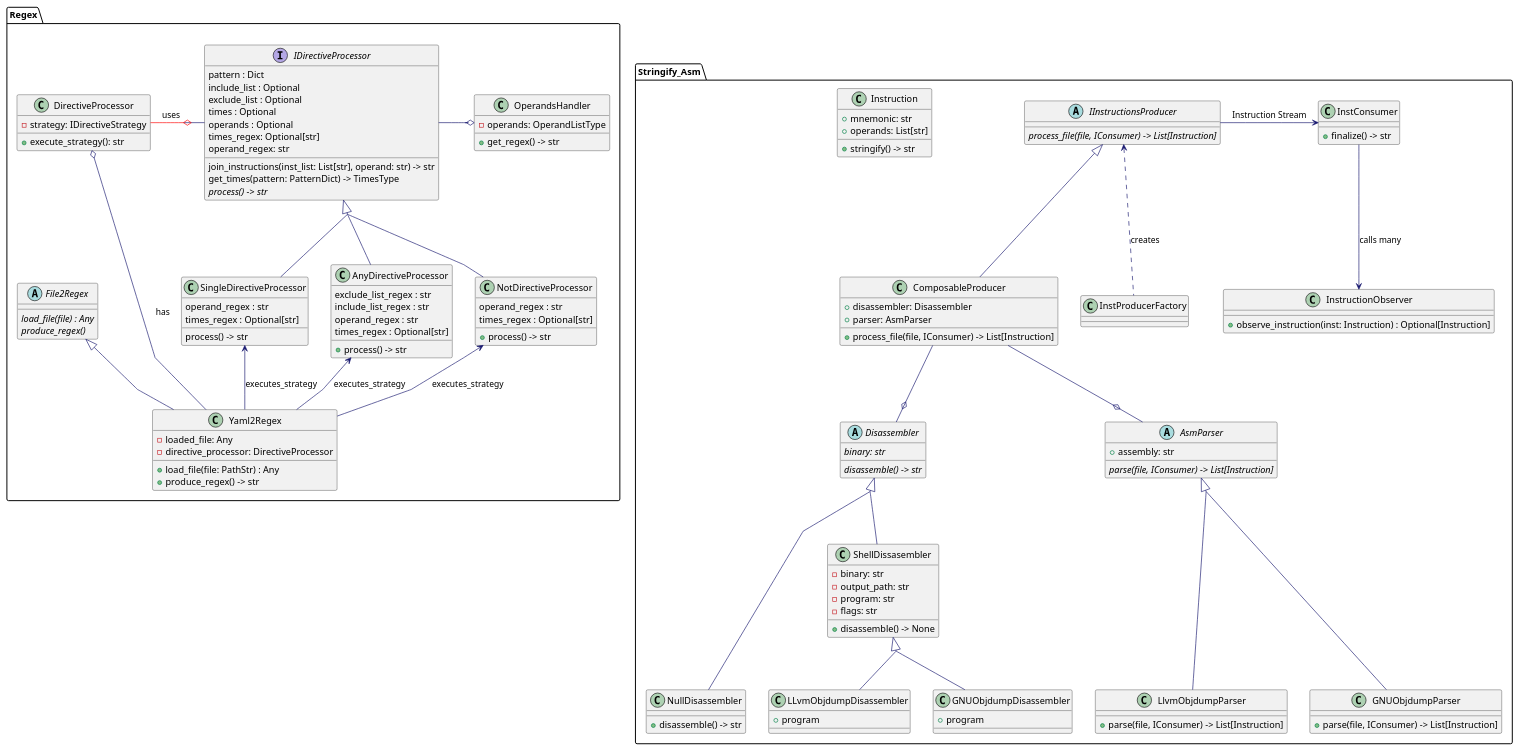
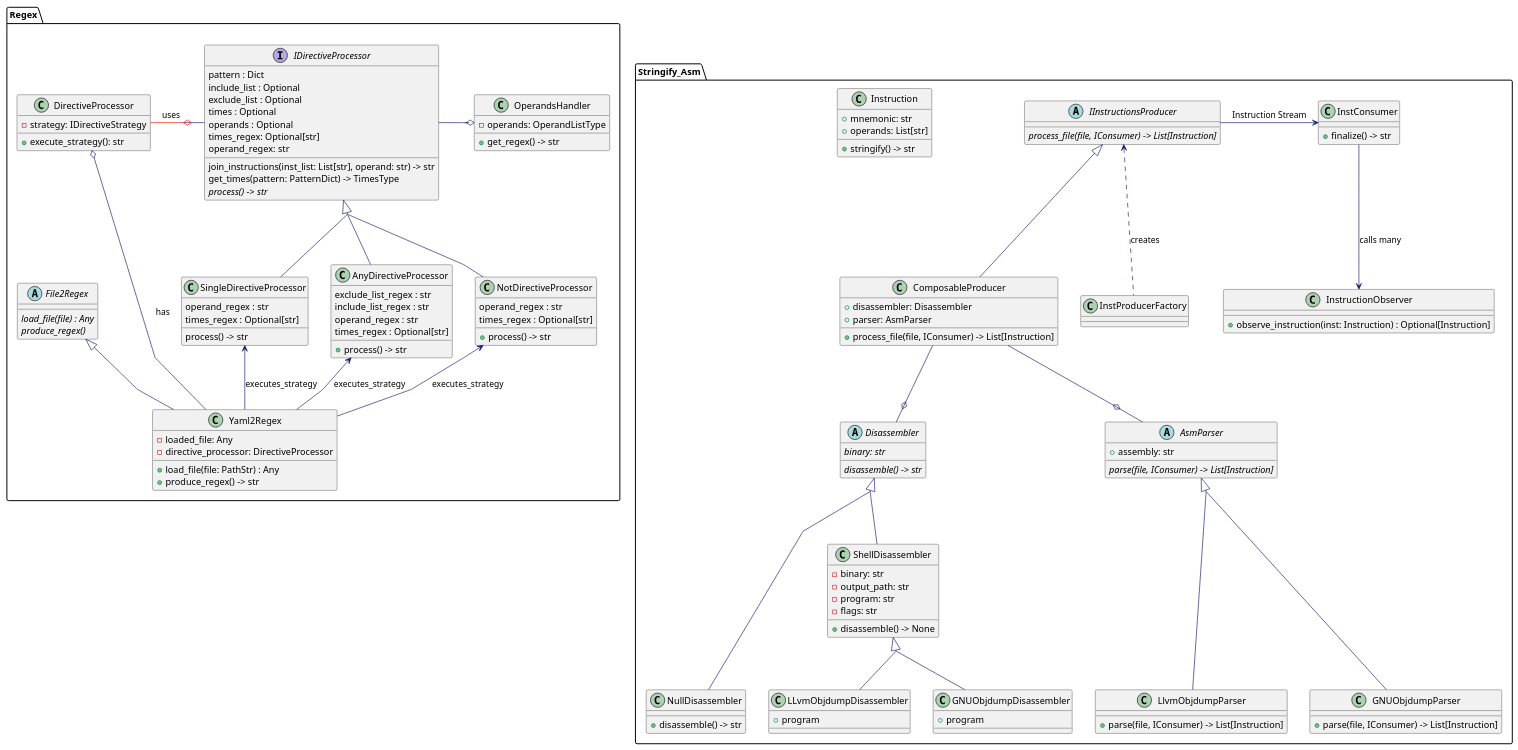
One commit to JukMR/JASM changed the diagram in design/diagram_class.puml. Above: the diagram before and after it, drawn with PlantUML. The commit also changed 17 other files, not shown here.

```diff
--- a/design/diagram_class.puml
+++ b/design/diagram_class.puml
@@ -1,186 +1,186 @@
 @startuml diagram_class
 
 skinparam linetype polyline
 skinparam classFontName Helvetica
 skinparam ClassFontSize 14
 skinparam ArrowColor MidnightBlue
 skinparam groupInheritance 2
 
 
 skinparam class {
 
 }
 
 package "Stringify_Asm" {
 
     class Instruction {
         + mnemonic: str
         + operands: List[str]
         + stringify() -> str
     }
 
     class InstructionObserver {
         + observe_instruction(inst: Instruction) : Optional[Instruction]
     }
 
     abstract class Disassembler {
         {abstract} binary: str
         {abstract} disassemble() -> str
     }
 
     class GNUObjdumpDisassembler {
         + program
     }
 
     class LLvmObjdumpDisassembler {
         + program
     }
 
     class NullDisassembler {
         + disassemble() -> str
     }
 
     abstract class AsmParser {
         + assembly: str
         {abstract} parse(file, IConsumer) -> List[Instruction]
     }
 
     class LlvmObjdumpParser {
         + parse(file, IConsumer) -> List[Instruction]
     }
 
     abstract class IInstructionsProducer {
         {abstract} process_file(file, IConsumer) -> List[Instruction]
     }
 
     class ComposableProducer {
         + disassembler: Disassembler
         + parser: AsmParser
         + process_file(file, IConsumer) -> List[Instruction]
     }
 
     class GNUObjdumpParser {
         + parse(file, IConsumer) -> List[Instruction]
     }
 
-    class ShellDissasembler {
+    class ShellDisassembler {
         - binary: str
         - output_path: str
         - program: str
         - flags: str
         + disassemble() -> None
     }
 
     class InstConsumer {
         + finalize() -> str
     }
 
     class InstProducerFactory {
 
     }
 }
 
 package "Regex" {
 
     abstract class File2Regex {
         {abstract} load_file(file) : Any
         {abstract} produce_regex()
     }
 
     class Yaml2Regex {
         - loaded_file: Any
         - directive_processor: DirectiveProcessor
         + load_file(file: PathStr) : Any
         + produce_regex() -> str
     }
 
     class OperandsHandler {
         - operands: OperandListType
         + get_regex() -> str
     }
 
     class DirectiveProcessor {
         - strategy: IDirectiveStrategy
         + execute_strategy(): str
     }
 
     interface IDirectiveProcessor {
         pattern : Dict
         include_list : Optional
         exclude_list : Optional
         times : Optional
         operands : Optional
         times_regex: Optional[str]
         operand_regex: str
 
         join_instructions(inst_list: List[str], operand: str) -> str
         get_times(pattern: PatternDict) -> TimesType
         {abstract}process() -> str
     }
 
 
     class AnyDirectiveProcessor {
         exclude_list_regex : str
         include_list_regex : str
         operand_regex : str
         times_regex : Optional[str]
 
         + process() -> str
     }
 
     class NotDirectiveProcessor {
         operand_regex : str
         times_regex : Optional[str]
 
         + process() -> str
     }
 
     class SingleDirectiveProcessor {
         operand_regex : str
         times_regex : Optional[str]
 
         process() -> str
     }
 
 
 
 }
 
 ' Strategy Pattern Relationships
 DirectiveProcessor -[#red,thickness=1]o IDirectiveProcessor: uses
 IDirectiveProcessor  <|-- AnyDirectiveProcessor
 IDirectiveProcessor  <|-- SingleDirectiveProcessor
 IDirectiveProcessor  <|-- NotDirectiveProcessor
 
 Yaml2Regex --up> AnyDirectiveProcessor : executes_strategy
 Yaml2Regex --up> SingleDirectiveProcessor : executes_strategy
 Yaml2Regex --up> NotDirectiveProcessor : executes_strategy
 Yaml2Regex --o DirectiveProcessor: has
 
 
 IDirectiveProcessor -o OperandsHandler
 
 
 File2Regex <|-- Yaml2Regex
 
 
 
 AsmParser <|--- GNUObjdumpParser
 AsmParser <|--- LlvmObjdumpParser
 
-Disassembler <|-- ShellDissasembler
-ShellDissasembler <|-- GNUObjdumpDisassembler
-ShellDissasembler <|-- LLvmObjdumpDisassembler
+Disassembler <|-- ShellDisassembler
+ShellDisassembler <|-- GNUObjdumpDisassembler
+ShellDisassembler <|-- LLvmObjdumpDisassembler
 Disassembler <|--- NullDisassembler
 
 IInstructionsProducer <|-- ComposableProducer
 ComposableProducer --o Disassembler
 ComposableProducer --o AsmParser
 
 IInstructionsProducer <.. InstProducerFactory :creates
 
 
 IInstructionsProducer -> InstConsumer : Instruction Stream
 
 InstConsumer --> InstructionObserver : calls many
 @enduml
```
